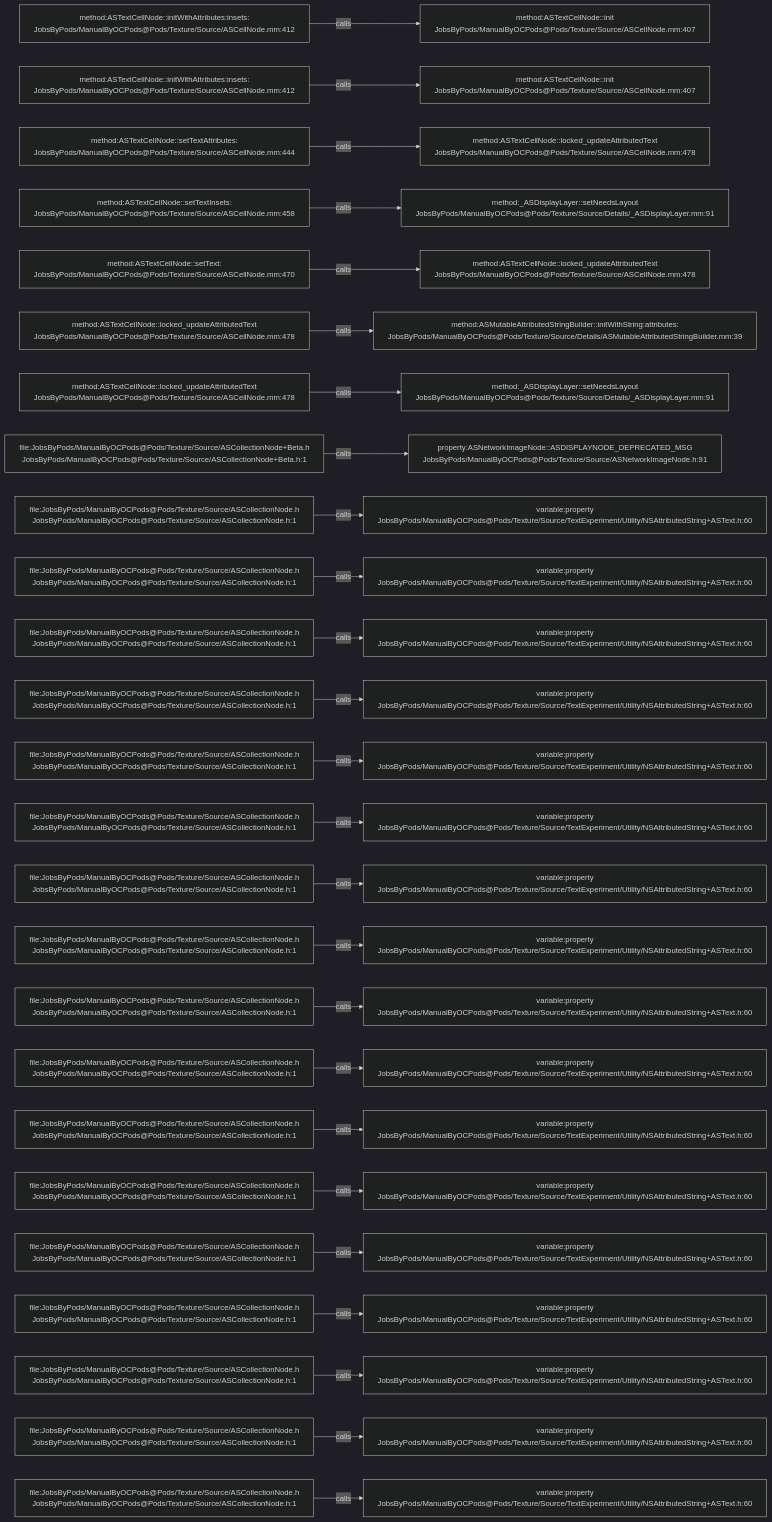
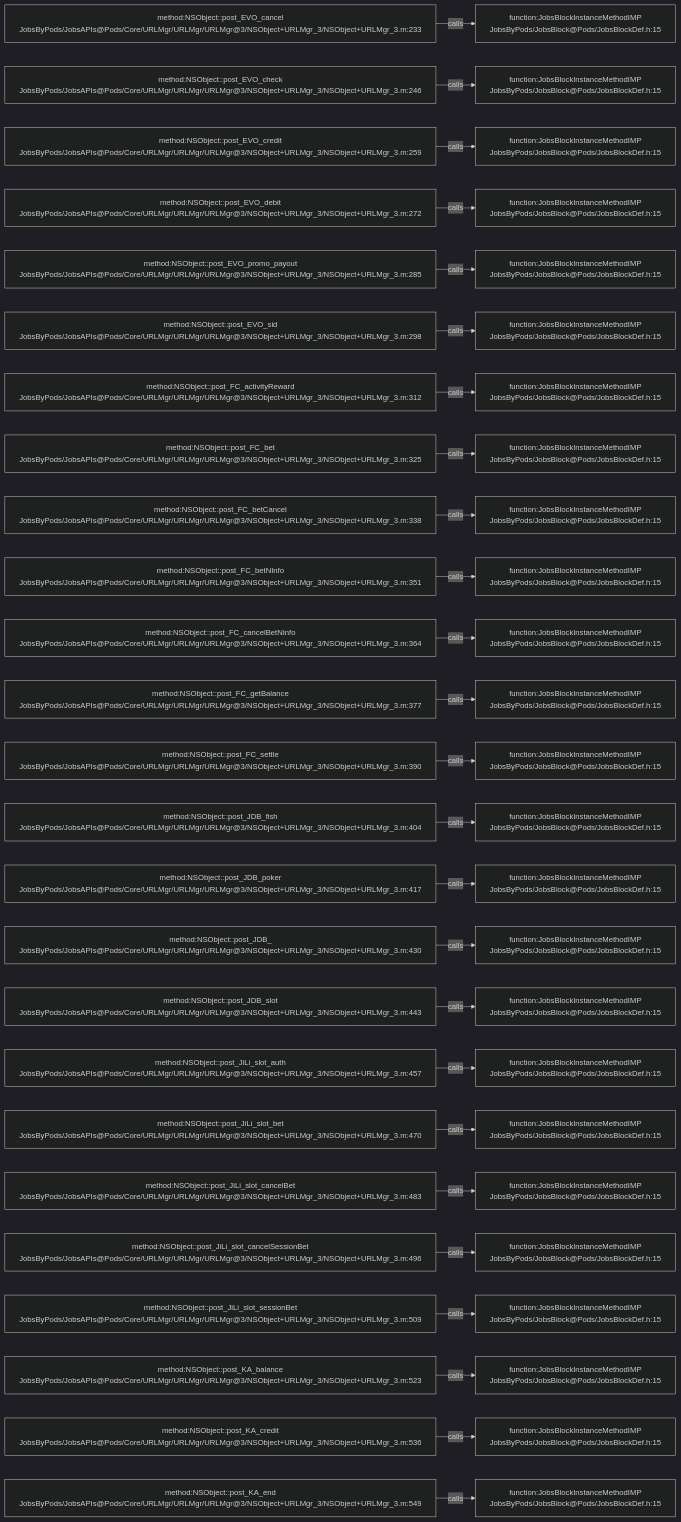
Before and after one commit to JobsKits/JobsOCBaseConfigDemo: the diagram in .codegraph/codegraph.md/graphs/calls-060.md, drawn with Mermaid (dark theme). The commit also changed 768 other files, not shown here.

````diff
--- a/.codegraph/codegraph.md/graphs/calls-060.md
+++ b/.codegraph/codegraph.md/graphs/calls-060.md
@@ -13,78 +13,78 @@
 ```mermaid
 flowchart LR
-  S1["method:ASTextCellNode::initWithAttributes:insets:<br/>JobsByPods/ManualByOCPods@Pods/Texture/Source/ASCellNode.mm:412"]
-  T1["method:ASTextCellNode::init<br/>JobsByPods/ManualByOCPods@Pods/Texture/Source/ASCellNode.mm:407"]
+  S1["method:NSObject::post_EVO_cancel<br/>JobsByPods/JobsAPIs@Pods/Core/URLMgr/URLMgr/URLMgr@3/NSObject+URLMgr_3/NSObject+URLMgr_3.m:233"]
+  T1["function:JobsBlockInstanceMethodIMP<br/>JobsByPods/JobsBlock@Pods/JobsBlockDef.h:15"]
   S1 -->|calls| T1
-  S2["method:ASTextCellNode::initWithAttributes:insets:<br/>JobsByPods/ManualByOCPods@Pods/Texture/Source/ASCellNode.mm:412"]
-  T2["method:ASTextCellNode::init<br/>JobsByPods/ManualByOCPods@Pods/Texture/Source/ASCellNode.mm:407"]
+  S2["method:NSObject::post_EVO_check<br/>JobsByPods/JobsAPIs@Pods/Core/URLMgr/URLMgr/URLMgr@3/NSObject+URLMgr_3/NSObject+URLMgr_3.m:246"]
+  T2["function:JobsBlockInstanceMethodIMP<br/>JobsByPods/JobsBlock@Pods/JobsBlockDef.h:15"]
   S2 -->|calls| T2
-  S3["method:ASTextCellNode::setTextAttributes:<br/>JobsByPods/ManualByOCPods@Pods/Texture/Source/ASCellNode.mm:444"]
-  T3["method:ASTextCellNode::locked_updateAttributedText<br/>JobsByPods/ManualByOCPods@Pods/Texture/Source/ASCellNode.mm:478"]
+  S3["method:NSObject::post_EVO_credit<br/>JobsByPods/JobsAPIs@Pods/Core/URLMgr/URLMgr/URLMgr@3/NSObject+URLMgr_3/NSObject+URLMgr_3.m:259"]
+  T3["function:JobsBlockInstanceMethodIMP<br/>JobsByPods/JobsBlock@Pods/JobsBlockDef.h:15"]
   S3 -->|calls| T3
-  S4["method:ASTextCellNode::setTextInsets:<br/>JobsByPods/ManualByOCPods@Pods/Texture/Source/ASCellNode.mm:458"]
-  T4["method:_ASDisplayLayer::setNeedsLayout<br/>JobsByPods/ManualByOCPods@Pods/Texture/Source/Details/_ASDisplayLayer.mm:91"]
+  S4["method:NSObject::post_EVO_debit<br/>JobsByPods/JobsAPIs@Pods/Core/URLMgr/URLMgr/URLMgr@3/NSObject+URLMgr_3/NSObject+URLMgr_3.m:272"]
+  T4["function:JobsBlockInstanceMethodIMP<br/>JobsByPods/JobsBlock@Pods/JobsBlockDef.h:15"]
   S4 -->|calls| T4
-  S5["method:ASTextCellNode::setText:<br/>JobsByPods/ManualByOCPods@Pods/Texture/Source/ASCellNode.mm:470"]
-  T5["method:ASTextCellNode::locked_updateAttributedText<br/>JobsByPods/ManualByOCPods@Pods/Texture/Source/ASCellNode.mm:478"]
+  S5["method:NSObject::post_EVO_promo_payout<br/>JobsByPods/JobsAPIs@Pods/Core/URLMgr/URLMgr/URLMgr@3/NSObject+URLMgr_3/NSObject+URLMgr_3.m:285"]
+  T5["function:JobsBlockInstanceMethodIMP<br/>JobsByPods/JobsBlock@Pods/JobsBlockDef.h:15"]
   S5 -->|calls| T5
-  S6["method:ASTextCellNode::locked_updateAttributedText<br/>JobsByPods/ManualByOCPods@Pods/Texture/Source/ASCellNode.mm:478"]
-  T6["method:ASMutableAttributedStringBuilder::initWithString:attributes:<br/>JobsByPods/ManualByOCPods@Pods/Texture/Source/Details/ASMutableAttributedStringBuilder.mm:39"]
+  S6["method:NSObject::post_EVO_sid<br/>JobsByPods/JobsAPIs@Pods/Core/URLMgr/URLMgr/URLMgr@3/NSObject+URLMgr_3/NSObject+URLMgr_3.m:298"]
+  T6["function:JobsBlockInstanceMethodIMP<br/>JobsByPods/JobsBlock@Pods/JobsBlockDef.h:15"]
   S6 -->|calls| T6
-  S7["method:ASTextCellNode::locked_updateAttributedText<br/>JobsByPods/ManualByOCPods@Pods/Texture/Source/ASCellNode.mm:478"]
-  T7["method:_ASDisplayLayer::setNeedsLayout<br/>JobsByPods/ManualByOCPods@Pods/Texture/Source/Details/_ASDisplayLayer.mm:91"]
+  S7["method:NSObject::post_FC_activityReward<br/>JobsByPods/JobsAPIs@Pods/Core/URLMgr/URLMgr/URLMgr@3/NSObject+URLMgr_3/NSObject+URLMgr_3.m:312"]
+  T7["function:JobsBlockInstanceMethodIMP<br/>JobsByPods/JobsBlock@Pods/JobsBlockDef.h:15"]
   S7 -->|calls| T7
-  S8["file:JobsByPods/ManualByOCPods@Pods/Texture/Source/ASCollectionNode+Beta.h<br/>JobsByPods/ManualByOCPods@Pods/Texture/Source/ASCollectionNode+Beta.h:1"]
-  T8["property:ASNetworkImageNode::ASDISPLAYNODE_DEPRECATED_MSG<br/>JobsByPods/ManualByOCPods@Pods/Texture/Source/ASNetworkImageNode.h:91"]
+  S8["method:NSObject::post_FC_bet<br/>JobsByPods/JobsAPIs@Pods/Core/URLMgr/URLMgr/URLMgr@3/NSObject+URLMgr_3/NSObject+URLMgr_3.m:325"]
+  T8["function:JobsBlockInstanceMethodIMP<br/>JobsByPods/JobsBlock@Pods/JobsBlockDef.h:15"]
   S8 -->|calls| T8
-  S9["file:JobsByPods/ManualByOCPods@Pods/Texture/Source/ASCollectionNode.h<br/>JobsByPods/ManualByOCPods@Pods/Texture/Source/ASCollectionNode.h:1"]
-  T9["variable:property<br/>JobsByPods/ManualByOCPods@Pods/Texture/Source/TextExperiment/Utility/NSAttributedString+ASText.h:60"]
+  S9["method:NSObject::post_FC_betCancel<br/>JobsByPods/JobsAPIs@Pods/Core/URLMgr/URLMgr/URLMgr@3/NSObject+URLMgr_3/NSObject+URLMgr_3.m:338"]
+  T9["function:JobsBlockInstanceMethodIMP<br/>JobsByPods/JobsBlock@Pods/JobsBlockDef.h:15"]
   S9 -->|calls| T9
-  S10["file:JobsByPods/ManualByOCPods@Pods/Texture/Source/ASCollectionNode.h<br/>JobsByPods/ManualByOCPods@Pods/Texture/Source/ASCollectionNode.h:1"]
-  T10["variable:property<br/>JobsByPods/ManualByOCPods@Pods/Texture/Source/TextExperiment/Utility/NSAttributedString+ASText.h:60"]
+  S10["method:NSObject::post_FC_betNInfo<br/>JobsByPods/JobsAPIs@Pods/Core/URLMgr/URLMgr/URLMgr@3/NSObject+URLMgr_3/NSObject+URLMgr_3.m:351"]
+  T10["function:JobsBlockInstanceMethodIMP<br/>JobsByPods/JobsBlock@Pods/JobsBlockDef.h:15"]
   S10 -->|calls| T10
-  S11["file:JobsByPods/ManualByOCPods@Pods/Texture/Source/ASCollectionNode.h<br/>JobsByPods/ManualByOCPods@Pods/Texture/Source/ASCollectionNode.h:1"]
-  T11["variable:property<br/>JobsByPods/ManualByOCPods@Pods/Texture/Source/TextExperiment/Utility/NSAttributedString+ASText.h:60"]
+  S11["method:NSObject::post_FC_cancelBetNInfo<br/>JobsByPods/JobsAPIs@Pods/Core/URLMgr/URLMgr/URLMgr@3/NSObject+URLMgr_3/NSObject+URLMgr_3.m:364"]
+  T11["function:JobsBlockInstanceMethodIMP<br/>JobsByPods/JobsBlock@Pods/JobsBlockDef.h:15"]
   S11 -->|calls| T11
-  S12["file:JobsByPods/ManualByOCPods@Pods/Texture/Source/ASCollectionNode.h<br/>JobsByPods/ManualByOCPods@Pods/Texture/Source/ASCollectionNode.h:1"]
-  T12["variable:property<br/>JobsByPods/ManualByOCPods@Pods/Texture/Source/TextExperiment/Utility/NSAttributedString+ASText.h:60"]
+  S12["method:NSObject::post_FC_getBalance<br/>JobsByPods/JobsAPIs@Pods/Core/URLMgr/URLMgr/URLMgr@3/NSObject+URLMgr_3/NSObject+URLMgr_3.m:377"]
+  T12["function:JobsBlockInstanceMethodIMP<br/>JobsByPods/JobsBlock@Pods/JobsBlockDef.h:15"]
   S12 -->|calls| T12
-  S13["file:JobsByPods/ManualByOCPods@Pods/Texture/Source/ASCollectionNode.h<br/>JobsByPods/ManualByOCPods@Pods/Texture/Source/ASCollectionNode.h:1"]
-  T13["variable:property<br/>JobsByPods/ManualByOCPods@Pods/Texture/Source/TextExperiment/Utility/NSAttributedString+ASText.h:60"]
+  S13["method:NSObject::post_FC_settle<br/>JobsByPods/JobsAPIs@Pods/Core/URLMgr/URLMgr/URLMgr@3/NSObject+URLMgr_3/NSObject+URLMgr_3.m:390"]
+  T13["function:JobsBlockInstanceMethodIMP<br/>JobsByPods/JobsBlock@Pods/JobsBlockDef.h:15"]
   S13 -->|calls| T13
-  S14["file:JobsByPods/ManualByOCPods@Pods/Texture/Source/ASCollectionNode.h<br/>JobsByPods/ManualByOCPods@Pods/Texture/Source/ASCollectionNode.h:1"]
-  T14["variable:property<br/>JobsByPods/ManualByOCPods@Pods/Texture/Source/TextExperiment/Utility/NSAttributedString+ASText.h:60"]
+  S14["method:NSObject::post_JDB_fish<br/>JobsByPods/JobsAPIs@Pods/Core/URLMgr/URLMgr/URLMgr@3/NSObject+URLMgr_3/NSObject+URLMgr_3.m:404"]
+  T14["function:JobsBlockInstanceMethodIMP<br/>JobsByPods/JobsBlock@Pods/JobsBlockDef.h:15"]
   S14 -->|calls| T14
-  S15["file:JobsByPods/ManualByOCPods@Pods/Texture/Source/ASCollectionNode.h<br/>JobsByPods/ManualByOCPods@Pods/Texture/Source/ASCollectionNode.h:1"]
-  T15["variable:property<br/>JobsByPods/ManualByOCPods@Pods/Texture/Source/TextExperiment/Utility/NSAttributedString+ASText.h:60"]
+  S15["method:NSObject::post_JDB_poker<br/>JobsByPods/JobsAPIs@Pods/Core/URLMgr/URLMgr/URLMgr@3/NSObject+URLMgr_3/NSObject+URLMgr_3.m:417"]
+  T15["function:JobsBlockInstanceMethodIMP<br/>JobsByPods/JobsBlock@Pods/JobsBlockDef.h:15"]
   S15 -->|calls| T15
-  S16["file:JobsByPods/ManualByOCPods@Pods/Texture/Source/ASCollectionNode.h<br/>JobsByPods/ManualByOCPods@Pods/Texture/Source/ASCollectionNode.h:1"]
-  T16["variable:property<br/>JobsByPods/ManualByOCPods@Pods/Texture/Source/TextExperiment/Utility/NSAttributedString+ASText.h:60"]
+  S16["method:NSObject::post_JDB_<br/>JobsByPods/JobsAPIs@Pods/Core/URLMgr/URLMgr/URLMgr@3/NSObject+URLMgr_3/NSObject+URLMgr_3.m:430"]
+  T16["function:JobsBlockInstanceMethodIMP<br/>JobsByPods/JobsBlock@Pods/JobsBlockDef.h:15"]
   S16 -->|calls| T16
-  S17["file:JobsByPods/ManualByOCPods@Pods/Texture/Source/ASCollectionNode.h<br/>JobsByPods/ManualByOCPods@Pods/Texture/Source/ASCollectionNode.h:1"]
-  T17["variable:property<br/>JobsByPods/ManualByOCPods@Pods/Texture/Source/TextExperiment/Utility/NSAttributedString+ASText.h:60"]
+  S17["method:NSObject::post_JDB_slot<br/>JobsByPods/JobsAPIs@Pods/Core/URLMgr/URLMgr/URLMgr@3/NSObject+URLMgr_3/NSObject+URLMgr_3.m:443"]
+  T17["function:JobsBlockInstanceMethodIMP<br/>JobsByPods/JobsBlock@Pods/JobsBlockDef.h:15"]
   S17 -->|calls| T17
-  S18["file:JobsByPods/ManualByOCPods@Pods/Texture/Source/ASCollectionNode.h<br/>JobsByPods/ManualByOCPods@Pods/Texture/Source/ASCollectionNode.h:1"]
-  T18["variable:property<br/>JobsByPods/ManualByOCPods@Pods/Texture/Source/TextExperiment/Utility/NSAttributedString+ASText.h:60"]
+  S18["method:NSObject::post_JiLi_slot_auth<br/>JobsByPods/JobsAPIs@Pods/Core/URLMgr/URLMgr/URLMgr@3/NSObject+URLMgr_3/NSObject+URLMgr_3.m:457"]
+  T18["function:JobsBlockInstanceMethodIMP<br/>JobsByPods/JobsBlock@Pods/JobsBlockDef.h:15"]
   S18 -->|calls| T18
-  S19["file:JobsByPods/ManualByOCPods@Pods/Texture/Source/ASCollectionNode.h<br/>JobsByPods/ManualByOCPods@Pods/Texture/Source/ASCollectionNode.h:1"]
-  T19["variable:property<br/>JobsByPods/ManualByOCPods@Pods/Texture/Source/TextExperiment/Utility/NSAttributedString+ASText.h:60"]
+  S19["method:NSObject::post_JiLi_slot_bet<br/>JobsByPods/JobsAPIs@Pods/Core/URLMgr/URLMgr/URLMgr@3/NSObject+URLMgr_3/NSObject+URLMgr_3.m:470"]
+  T19["function:JobsBlockInstanceMethodIMP<br/>JobsByPods/JobsBlock@Pods/JobsBlockDef.h:15"]
   S19 -->|calls| T19
-  S20["file:JobsByPods/ManualByOCPods@Pods/Texture/Source/ASCollectionNode.h<br/>JobsByPods/ManualByOCPods@Pods/Texture/Source/ASCollectionNode.h:1"]
-  T20["variable:property<br/>JobsByPods/ManualByOCPods@Pods/Texture/Source/TextExperiment/Utility/NSAttributedString+ASText.h:60"]
+  S20["method:NSObject::post_JiLi_slot_cancelBet<br/>JobsByPods/JobsAPIs@Pods/Core/URLMgr/URLMgr/URLMgr@3/NSObject+URLMgr_3/NSObject+URLMgr_3.m:483"]
+  T20["function:JobsBlockInstanceMethodIMP<br/>JobsByPods/JobsBlock@Pods/JobsBlockDef.h:15"]
   S20 -->|calls| T20
-  S21["file:JobsByPods/ManualByOCPods@Pods/Texture/Source/ASCollectionNode.h<br/>JobsByPods/ManualByOCPods@Pods/Texture/Source/ASCollectionNode.h:1"]
-  T21["variable:property<br/>JobsByPods/ManualByOCPods@Pods/Texture/Source/TextExperiment/Utility/NSAttributedString+ASText.h:60"]
+  S21["method:NSObject::post_JiLi_slot_cancelSessionBet<br/>JobsByPods/JobsAPIs@Pods/Core/URLMgr/URLMgr/URLMgr@3/NSObject+URLMgr_3/NSObject+URLMgr_3.m:496"]
+  T21["function:JobsBlockInstanceMethodIMP<br/>JobsByPods/JobsBlock@Pods/JobsBlockDef.h:15"]
   S21 -->|calls| T21
-  S22["file:JobsByPods/ManualByOCPods@Pods/Texture/Source/ASCollectionNode.h<br/>JobsByPods/ManualByOCPods@Pods/Texture/Source/ASCollectionNode.h:1"]
-  T22["variable:property<br/>JobsByPods/ManualByOCPods@Pods/Texture/Source/TextExperiment/Utility/NSAttributedString+ASText.h:60"]
+  S22["method:NSObject::post_JiLi_slot_sessionBet<br/>JobsByPods/JobsAPIs@Pods/Core/URLMgr/URLMgr/URLMgr@3/NSObject+URLMgr_3/NSObject+URLMgr_3.m:509"]
+  T22["function:JobsBlockInstanceMethodIMP<br/>JobsByPods/JobsBlock@Pods/JobsBlockDef.h:15"]
   S22 -->|calls| T22
-  S23["file:JobsByPods/ManualByOCPods@Pods/Texture/Source/ASCollectionNode.h<br/>JobsByPods/ManualByOCPods@Pods/Texture/Source/ASCollectionNode.h:1"]
-  T23["variable:property<br/>JobsByPods/ManualByOCPods@Pods/Texture/Source/TextExperiment/Utility/NSAttributedString+ASText.h:60"]
+  S23["method:NSObject::post_KA_balance<br/>JobsByPods/JobsAPIs@Pods/Core/URLMgr/URLMgr/URLMgr@3/NSObject+URLMgr_3/NSObject+URLMgr_3.m:523"]
+  T23["function:JobsBlockInstanceMethodIMP<br/>JobsByPods/JobsBlock@Pods/JobsBlockDef.h:15"]
   S23 -->|calls| T23
-  S24["file:JobsByPods/ManualByOCPods@Pods/Texture/Source/ASCollectionNode.h<br/>JobsByPods/ManualByOCPods@Pods/Texture/Source/ASCollectionNode.h:1"]
-  T24["variable:property<br/>JobsByPods/ManualByOCPods@Pods/Texture/Source/TextExperiment/Utility/NSAttributedString+ASText.h:60"]
+  S24["method:NSObject::post_KA_credit<br/>JobsByPods/JobsAPIs@Pods/Core/URLMgr/URLMgr/URLMgr@3/NSObject+URLMgr_3/NSObject+URLMgr_3.m:536"]
+  T24["function:JobsBlockInstanceMethodIMP<br/>JobsByPods/JobsBlock@Pods/JobsBlockDef.h:15"]
   S24 -->|calls| T24
-  S25["file:JobsByPods/ManualByOCPods@Pods/Texture/Source/ASCollectionNode.h<br/>JobsByPods/ManualByOCPods@Pods/Texture/Source/ASCollectionNode.h:1"]
-  T25["variable:property<br/>JobsByPods/ManualByOCPods@Pods/Texture/Source/TextExperiment/Utility/NSAttributedString+ASText.h:60"]
+  S25["method:NSObject::post_KA_end<br/>JobsByPods/JobsAPIs@Pods/Core/URLMgr/URLMgr/URLMgr@3/NSObject+URLMgr_3/NSObject+URLMgr_3.m:549"]
+  T25["function:JobsBlockInstanceMethodIMP<br/>JobsByPods/JobsBlock@Pods/JobsBlockDef.h:15"]
   S25 -->|calls| T25
 ```
````
